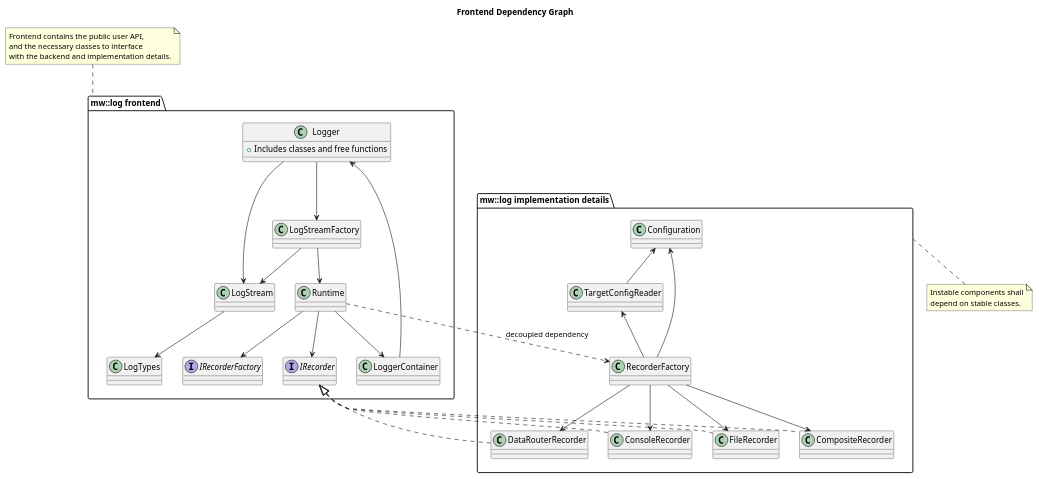
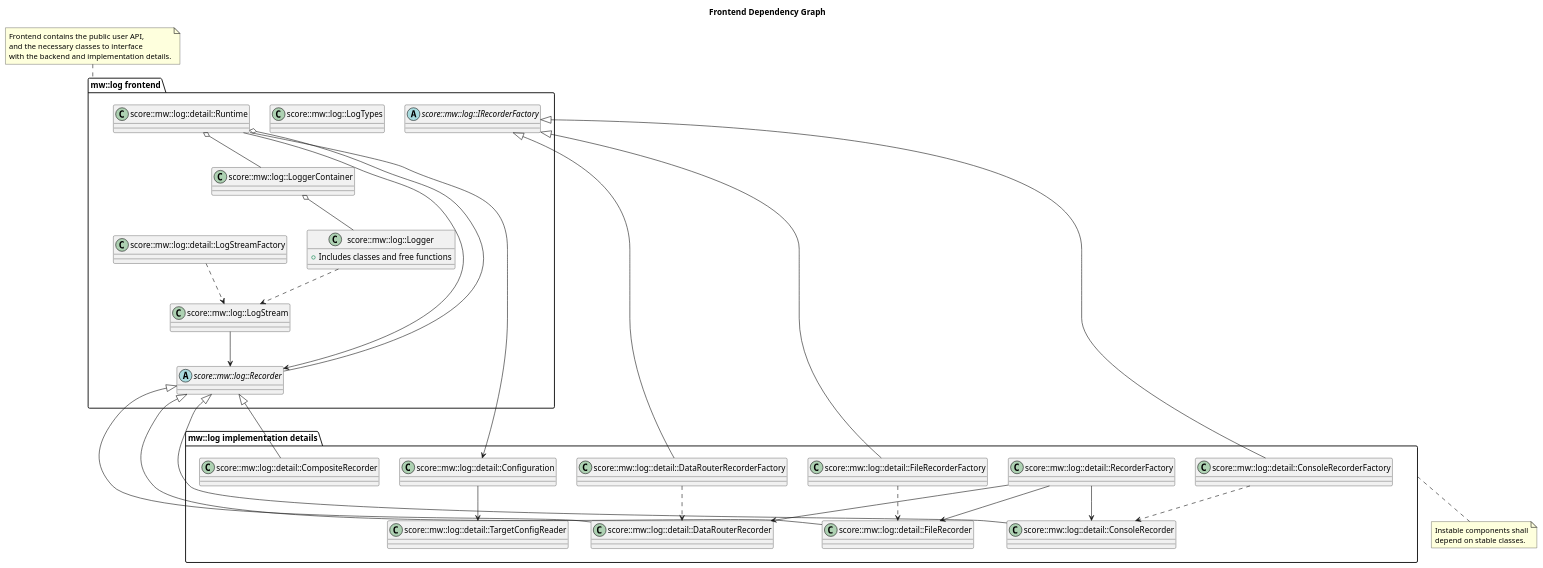
Before and after one commit to eclipse-score/inc_mw_log: the diagram in design/frontend_dependency_graph.puml, drawn with PlantUML. The commit also changed 24 other files, not shown here.

Commit message:
Syncing more diagrams

```diff
--- a/design/frontend_dependency_graph.puml
+++ b/design/frontend_dependency_graph.puml
@@ -1,64 +1,72 @@
 @startuml frontend_dependency_graph
 title Frontend Dependency Graph
 
 package "mw::log frontend" as frontend {
-  class Logger {
+  class score::mw::log::Logger {
     +Includes classes and free functions
   }
-  class LogStreamFactory
-  class LogStream
-  class Runtime
-  class LoggerContainer
-  class LogTypes
-  interface IRecorder
-  interface IRecorderFactory
+  class score::mw::log::detail::LogStreamFactory
+  class score::mw::log::LogStream
+  class score::mw::log::detail::Runtime
+  class score::mw::log::LoggerContainer
+  class score::mw::log::LogTypes
+  abstract score::mw::log::Recorder
+  abstract score::mw::log::IRecorderFactory
 }
 
 package "mw::log implementation details" as details {
-  class Configuration
-  class TargetConfigReader
-  class DataRouterRecorder
-  class ConsoleRecorder
-  class FileRecorder
-  class CompositeRecorder
-  class RecorderFactory
+  class score::mw::log::detail::Configuration {}
+  class score::mw::log::detail::TargetConfigReader {}
+
+  class score::mw::log::detail::DataRouterRecorder {}
+  class score::mw::log::detail::DataRouterRecorderFactory {}
+  class score::mw::log::detail::ConsoleRecorder {}
+  class score::mw::log::detail::ConsoleRecorderFactory {}
+  class score::mw::log::detail::FileRecorder {}
+  class score::mw::log::detail::FileRecorderFactory {}
+  class score::mw::log::detail::CompositeRecorder {}
+
+  class score::mw::log::detail::RecorderFactory {}
 }
 
-Logger --> LogStreamFactory
-LoggerContainer --> Logger
-Logger --> LogStream
-LogStreamFactory --> LogStream
-LogStreamFactory --> Runtime
-LogStream --> LogTypes
-Runtime --> LoggerContainer
-Runtime --> IRecorder
-Runtime --> IRecorderFactory
-
-IRecorder <|.. DataRouterRecorder
-IRecorder <|.. ConsoleRecorder
-IRecorder <|.. FileRecorder
-IRecorder <|.. CompositeRecorder
-
-RecorderFactory --> DataRouterRecorder
-RecorderFactory --> ConsoleRecorder
-RecorderFactory --> FileRecorder
-RecorderFactory --> CompositeRecorder
-
-Configuration <-- RecorderFactory
-Configuration <-- TargetConfigReader
-TargetConfigReader <-- RecorderFactory
-
-Runtime ..> RecorderFactory : "decoupled dependency"
 
 note top of frontend
   Frontend contains the public user API,
   and the necessary classes to interface
   with the backend and implementation details.
 end note
 
 note bottom of details
   Instable components shall
   depend on stable classes.
 end note
 
+score::mw::log::detail::LogStreamFactory ..> score::mw::log::LogStream
+score::mw::log::detail::Runtime o-- score::mw::log::LoggerContainer
+score::mw::log::detail::Runtime --> score::mw::log::Recorder
+score::mw::log::detail::Runtime o-- score::mw::log::Recorder
+score::mw::log::detail::Runtime --> score::mw::log::detail::Configuration
+score::mw::log::detail::Configuration --> score::mw::log::detail::TargetConfigReader
+score::mw::log::Recorder <|-- score::mw::log::detail::CompositeRecorder
+
+score::mw::log::Recorder <|-- score::mw::log::detail::FileRecorder
+score::mw::log::IRecorderFactory <|-- score::mw::log::detail::FileRecorderFactory
+score::mw::log::detail::FileRecorderFactory ..> score::mw::log::detail::FileRecorder
+
+score::mw::log::Recorder <|-- score::mw::log::detail::DataRouterRecorder
+score::mw::log::IRecorderFactory <|-- score::mw::log::detail::DataRouterRecorderFactory
+score::mw::log::detail::DataRouterRecorderFactory ..> score::mw::log::detail::DataRouterRecorder
+
+score::mw::log::Recorder <|-- score::mw::log::detail::ConsoleRecorder
+score::mw::log::IRecorderFactory <|-- score::mw::log::detail::ConsoleRecorderFactory
+score::mw::log::detail::ConsoleRecorderFactory ..> score::mw::log::detail::ConsoleRecorder
+
+score::mw::log::detail::RecorderFactory --> score::mw::log::detail::ConsoleRecorder
+score::mw::log::detail::RecorderFactory --> score::mw::log::detail::FileRecorder
+score::mw::log::detail::RecorderFactory --> score::mw::log::detail::DataRouterRecorder
+
+score::mw::log::LogStream --> score::mw::log::Recorder
+score::mw::log::Logger ..> score::mw::log::LogStream
+score::mw::log::LoggerContainer o-- score::mw::log::Logger
+
 @enduml
```
